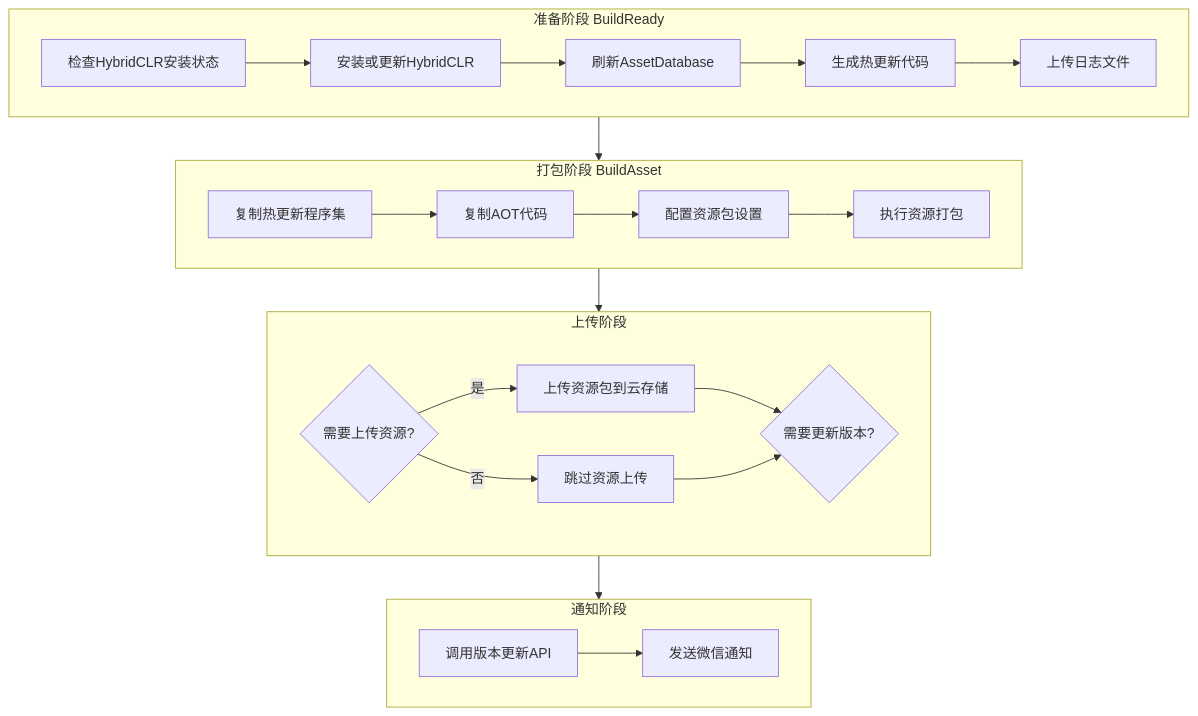
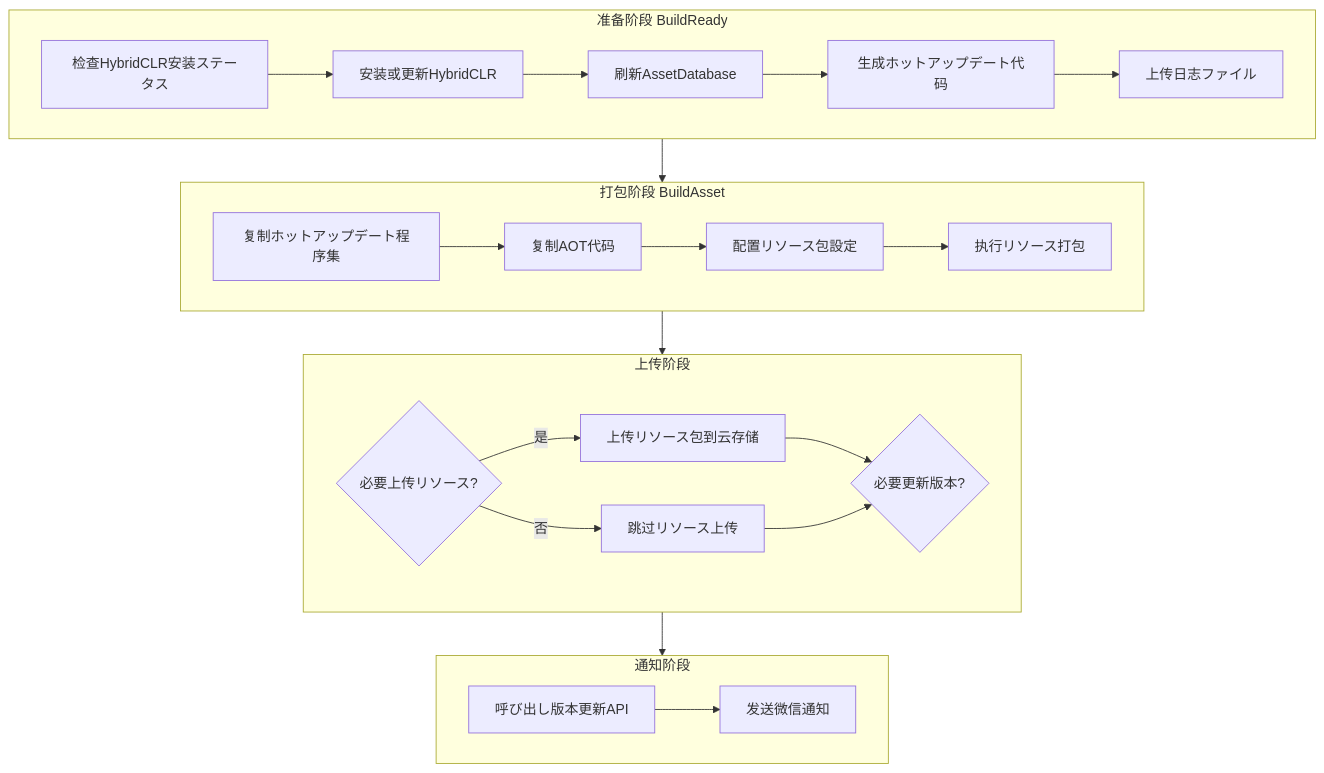
Before and after one commit to AlianBlank/GameFrameX.Docs: the diagram in docs/ja/client/unity/component/builder/04.usage.md, drawn with Mermaid. The commit also changed other lines of this file and 603 other files, not shown here.

````diff
--- a/docs/ja/client/unity/component/builder/04.usage.md
+++ b/docs/ja/client/unity/component/builder/04.usage.md
@@ -37,30 +37,30 @@
 ```mermaid
 flowchart TD
     subgraph Prepare["准备阶段 BuildReady"]
-        P1[检查HybridCLR安装状态] --> P2[安装或更新HybridCLR]
+        P1[检查HybridCLR安装ステータス] --> P2[安装或更新HybridCLR]
         P2 --> P3[刷新AssetDatabase]
-        P3 --> P4[生成热更新代码]
-        P4 --> P5[上传日志文件]
+        P3 --> P4[生成ホットアップデート代码]
+        P4 --> P5[上传日志ファイル]
     end
 
     subgraph Build["打包阶段 BuildAsset"]
-        B1[复制热更新程序集] --> B2[复制AOT代码]
-        B2 --> B3[配置资源包设置]
-        B3 --> B4[执行资源打包]
+        B1[复制ホットアップデート程序集] --> B2[复制AOT代码]
+        B2 --> B3[配置リソース包設定]
+        B3 --> B4[执行リソース打包]
     end
 
     subgraph Upload["上传阶段"]
-        U1{需要上传资源?} -->|是| U2[上传资源包到云存储]
-        U1 -->|否| U2B[跳过资源上传]
-        U2 --> U3{需要更新版本?}
+        U1{必要上传リソース?} -->|是| U2[上传リソース包到云存储]
+        U1 -->|否| U2B[跳过リソース上传]
+        U2 --> U3{必要更新版本?}
         U2B --> U3
     end
 
     subgraph Notify["通知阶段"]
-        N1[调用版本更新API] --> N2[发送微信通知]
+        N1[呼び出し版本更新API] --> N2[发送微信通知]
     end
 
     Prepare --> Build
     Build --> Upload
     Upload --> Notify
 ```
````
